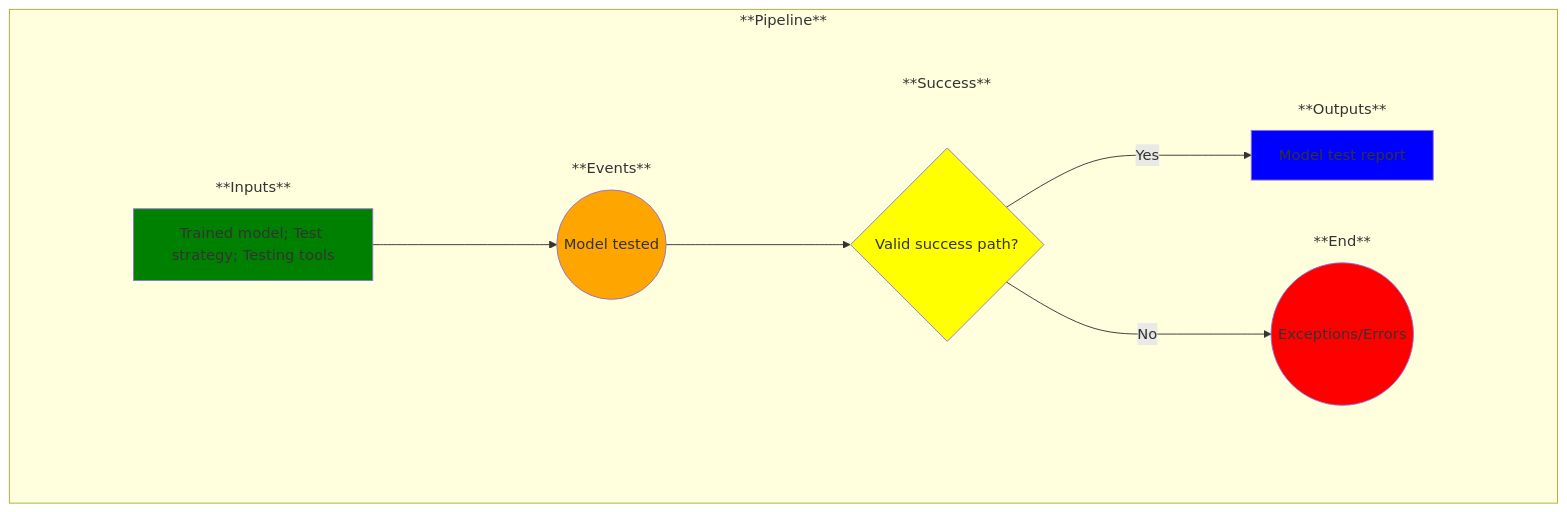
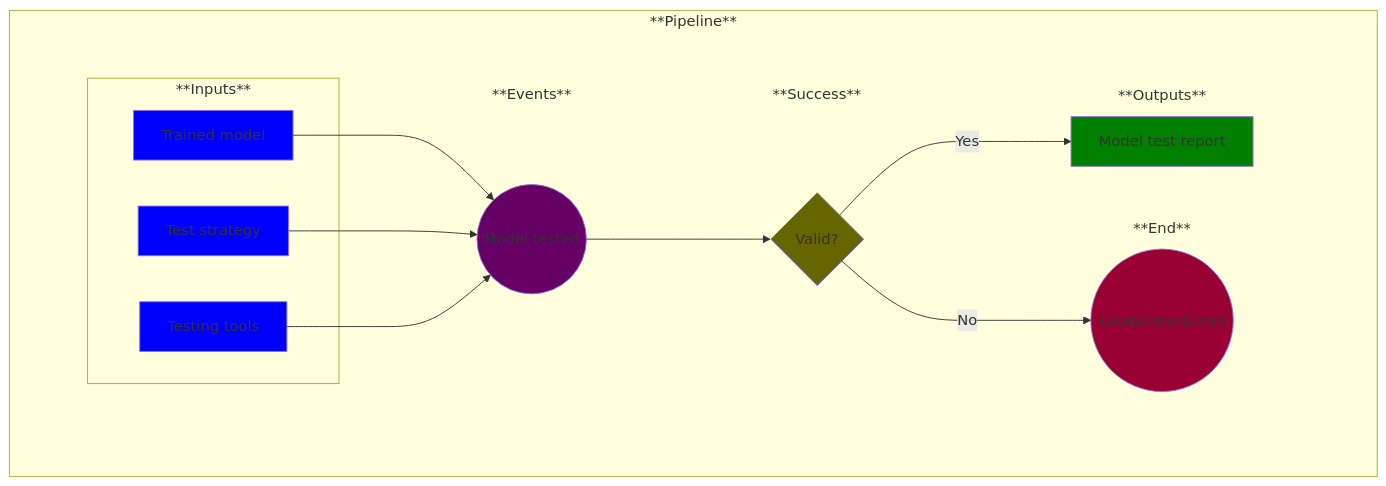
Before and after one commit to MLOps-OpenAPI/arch-diagrams: the diagram in use-cases/10-model-test.md, drawn with Mermaid. The commit also changed other lines of this file and 9 other files, not shown here.

````diff
--- a/use-cases/10-model-test.md
+++ b/use-cases/10-model-test.md
@@ -17,65 +17,79 @@
 ```mermaid
 
 %% Creating a left-to-right flowchart
 %% Learn the syntax here: https://mermaid.js.org/syntax/flowchart.html
 %% Note: flowchart and graph are the same in Mermaid
 graph LR;
 
     %% Define the common flow items:
     %%A--> B
     %%B-->C
     subgraph Pipeline ["**Pipeline**"]
         
         %% Add an empty node to overcome some formatting issues
         subgraph invisibleSpace["<br/>"]
 
             %% Add the rest of the nodes
             subgraph Inputs ["**Inputs**"]
-                A
+                A1
+            end
+            subgraph Inputs ["**Inputs**"]
+                A2
+            end
+            subgraph Inputs ["**Inputs**"]
+                A3
             end
             subgraph Events ["**Events**"]
                 B
             end
             subgraph Success ["**Success**"]
                 C
             end
             subgraph End ["**End**"]
                 D
             end
             subgraph Outputs ["**Outputs**"]
                 E
             end
         end
-        A-->B
+        A1-->B
+        A2-->B
+        A3-->B
         B-->C
         C--> | No | D
         C--> | Yes | E
     end
 
     %% Now label and style the blocks
     %% Note: You could have done this above, but I find this to be cleaner and easier to manage
 
-    A[Trained model; Test strategy; Testing tools]
-    style A fill:green
+    A1[Trained model]
+    style A1 fill:blue
+
+    A2[Test strategy]
+    style A2 fill:blue
+
+    A3[Testing tools]
+    style A3 fill:blue
 
     B((Model tested))
-    style B fill:orange
+    style B fill:#660066
 
-    C{Valid success path?}
-    style C fill:yellow
+    C{Valid?}
+    style C fill:#666600
 
     D((Exceptions/Errors))
-    style D fill:red
+    style D fill:#990033
 
     E[Model test report]
-    style E fill:blue
+    style E fill:green
 
     %% Remove unnecessary box outlines
     style invisibleSpace stroke-width:0
     style Inputs stroke-width:0
     style Events stroke-width:0
     style Outputs stroke-width:0
     style End stroke-width:0
     style Success stroke-width:0
 
 ```
````
